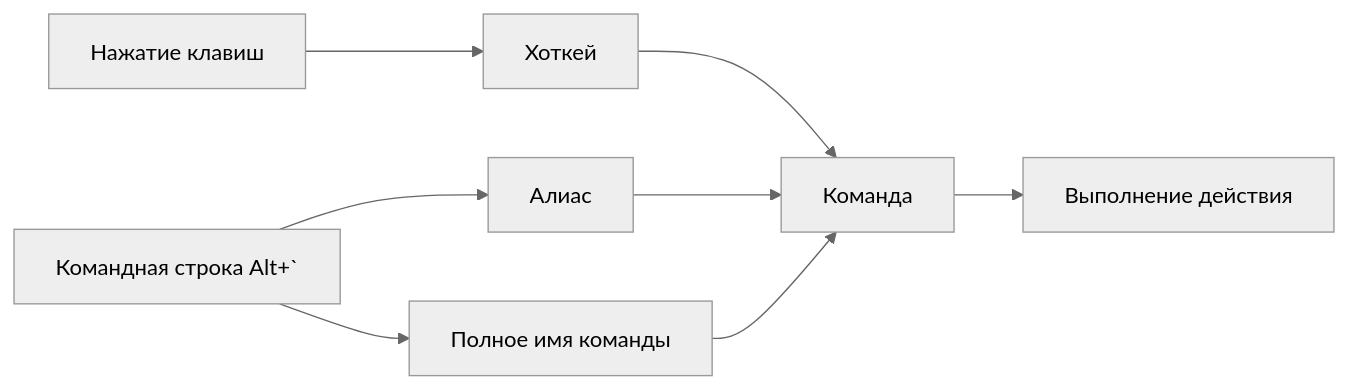
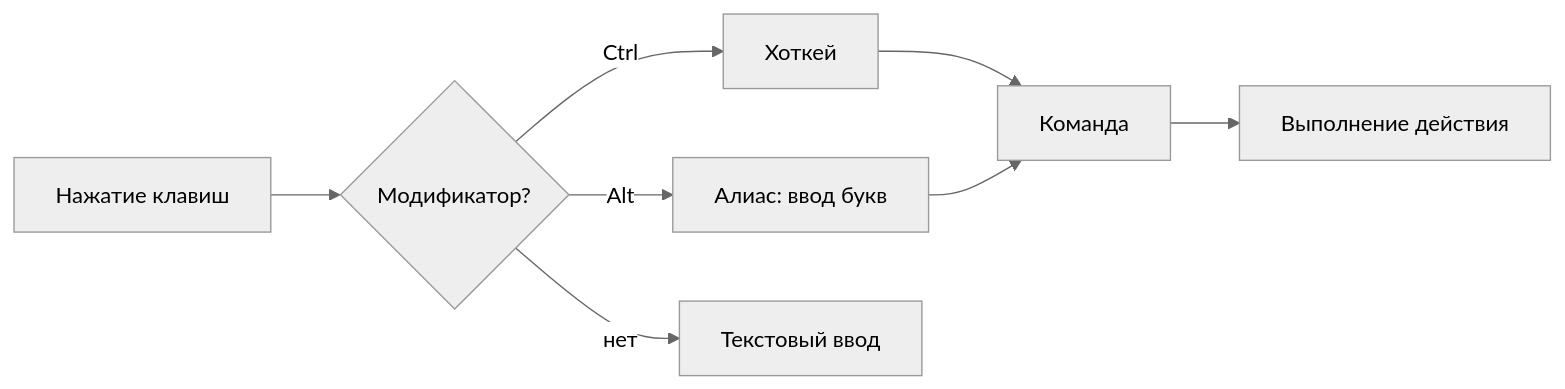
Before and after one commit to Chasper-1/Claxis: the first of 2 diagrams in docs/Ru/command-system.md, drawn with Mermaid (neutral theme). The commit also changed other lines of this file and 6 other files, not shown here.

````diff
--- a/docs/Ru/command-system.md
+++ b/docs/Ru/command-system.md
@@ -33,8 +32,8 @@
 ```mermaid
 flowchart LR
-    K[Нажатие клавиш] --> H[Хоткей]
-    H --> C[Команда]
-    CS[Командная строка Alt+`] --> A[Алиас] --> C
-    CS --> F[Полное имя команды] --> C
+    K[Нажатие клавиш] --> H{Модификатор?}
+    H -- Ctrl --> HK[Хоткей] --> C[Команда]
+    H -- Alt --> A[Алиас: ввод букв] --> C
+    H -- нет --> T[Текстовый ввод]
     C --> E[Выполнение действия]
 ```
````
